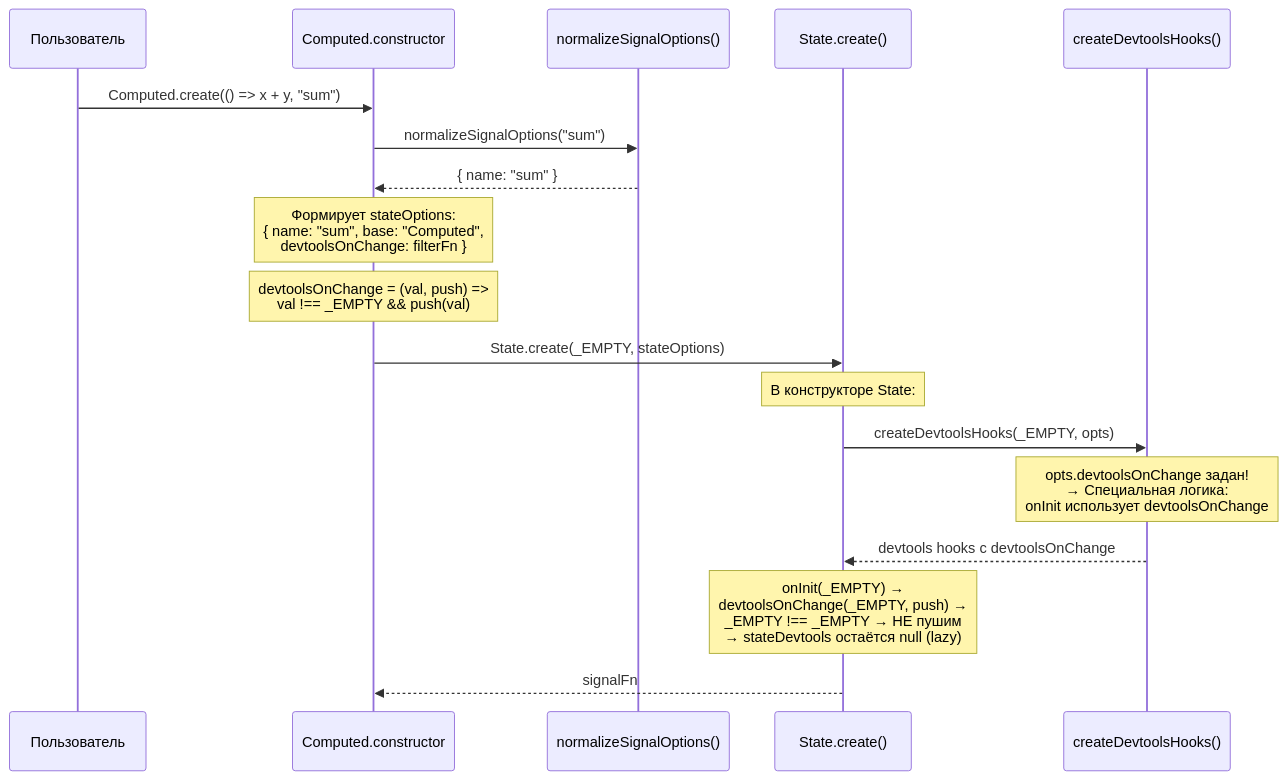
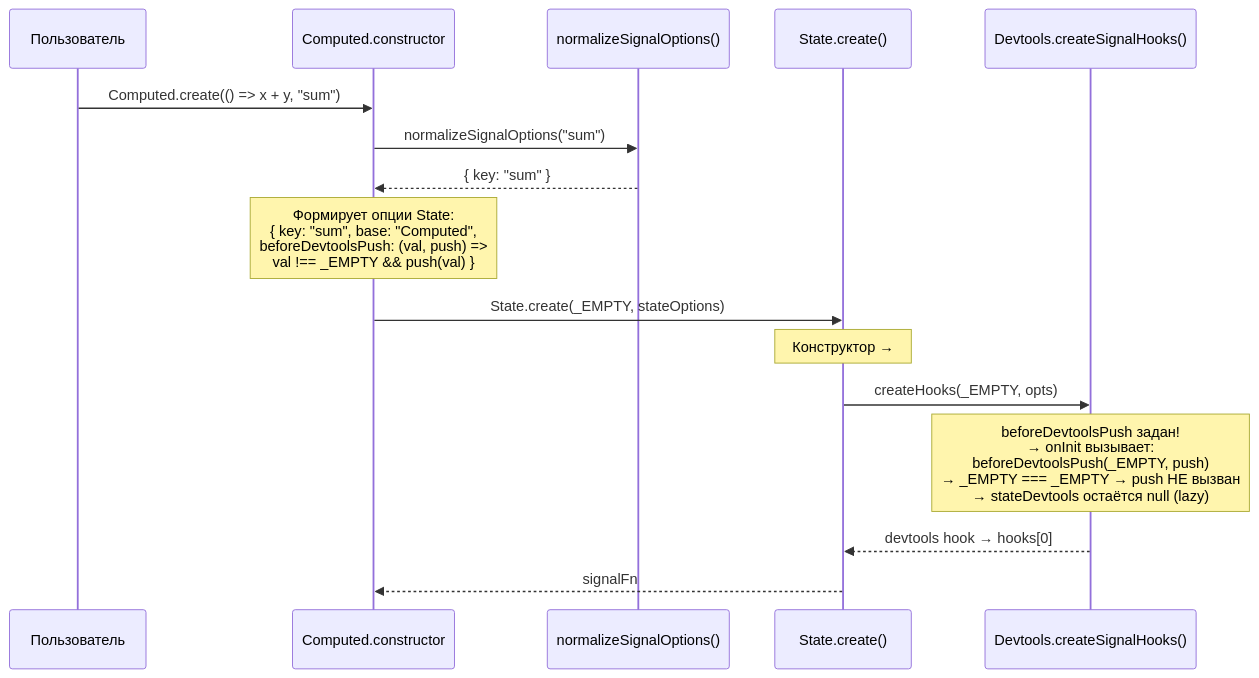
One commit to fozy-labs/rx-toolkit changed the sixth of 11 diagrams in .thoughts/2026-03-11_signal-devtools-lifecycle/02-design/02-dataflow.md. Above: the diagram before and after it, drawn with Mermaid. The commit also changed other lines of this file and 9 other files, not shown here.

Commit message:
thoughts: add design for signal devtools lifecycle hooks

````diff
--- a/.thoughts/2026-03-11_signal-devtools-lifecycle/02-design/02-dataflow.md
+++ b/.thoughts/2026-03-11_signal-devtools-lifecycle/02-design/02-dataflow.md
@@ -221,30 +212,25 @@
 ```mermaid
 sequenceDiagram
     participant User as Пользователь
-    participant Computed as Computed.constructor
-    participant Normalize as normalizeSignalOptions()
+    participant Comp as Computed.constructor
+    participant Norm as normalizeSignalOptions()
     participant State as State.create()
-    participant Factory as createDevtoolsHooks()
+    participant DT as Devtools.createSignalHooks()
 
-    User->>Computed: Computed.create(() => x + y, "sum")
+    User->>Comp: Computed.create(() => x + y, "sum")
 
-    Computed->>Normalize: normalizeSignalOptions("sum")
-    Normalize-->>Computed: { name: "sum" }
+    Comp->>Norm: normalizeSignalOptions("sum")
+    Norm-->>Comp: { key: "sum" }
 
-    Note over Computed: Формирует stateOptions:<br/>{ name: "sum", base: "Computed",<br/>  devtoolsOnChange: filterFn }
+    Note over Comp: Формирует опции State:<br/>{ key: "sum", base: "Computed",<br/>  beforeDevtoolsPush: (val, push) =><br/>    val !== _EMPTY && push(val) }
 
-    Note over Computed: devtoolsOnChange = (val, push) =><br/>  val !== _EMPTY && push(val)
+    Comp->>State: State.create(_EMPTY, stateOptions)
 
-    Computed->>State: State.create(_EMPTY, stateOptions)
+    Note over State: Конструктор →
+    State->>DT: createHooks(_EMPTY, opts)
 
-    Note over State: В конструкторе State:
-    State->>Factory: createDevtoolsHooks(_EMPTY, opts)
+    Note over DT: beforeDevtoolsPush задан!<br/>→ onInit вызывает:<br/>beforeDevtoolsPush(_EMPTY, push)<br/>→ _EMPTY === _EMPTY → push НЕ вызван<br/>→ stateDevtools остаётся null (lazy)
 
-    Note over Factory: opts.devtoolsOnChange задан!<br/>→ Специальная логика:<br/>onInit использует devtoolsOnChange
-
-    Factory-->>State: devtools hooks с devtoolsOnChange
-
-    Note over State: onInit(_EMPTY) →<br/>devtoolsOnChange(_EMPTY, push) →<br/>_EMPTY !== _EMPTY → НЕ пушим<br/>→ stateDevtools остаётся null (lazy)
-
-    State-->>Computed: signalFn
+    DT-->>State: devtools hook → hooks[0]
+    State-->>Comp: signalFn
 ```
````
